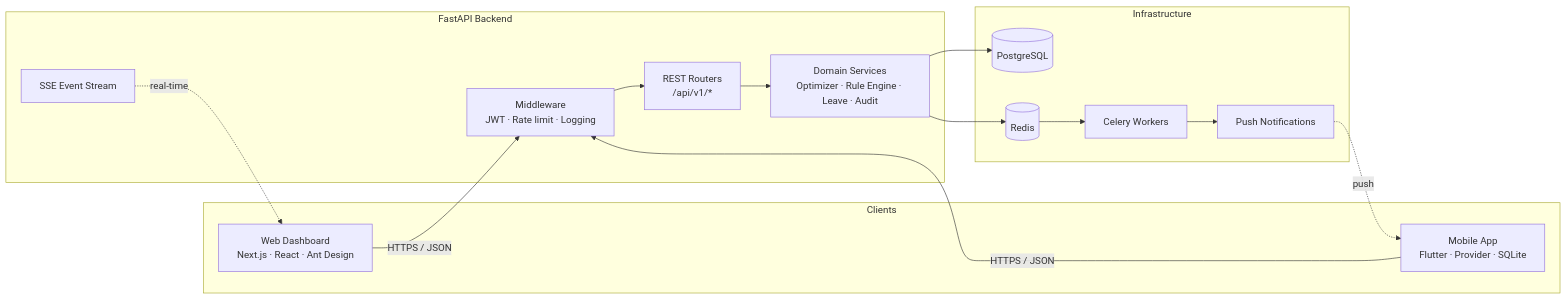
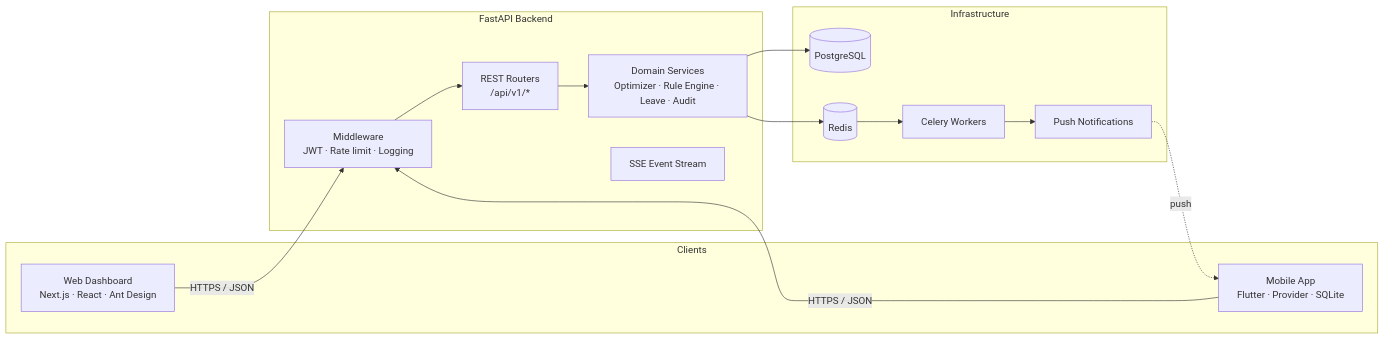
One commit to LordAurora/shift-planning-application changed the second of 4 diagrams in README.md. Above: the diagram before and after it, drawn with Mermaid. The commit also changed other lines of this file, not shown here.

````diff
--- a/README.md
+++ b/README.md
@@ -139,28 +141,27 @@
 ```mermaid
 flowchart LR
     subgraph Clients
         W["Web Dashboard<br/>Next.js · React · Ant Design"]
         M["Mobile App<br/>Flutter · Provider · SQLite"]
     end
 
     subgraph Backend["FastAPI Backend"]
         MW["Middleware<br/>JWT · Rate limit · Logging"]
         R["REST Routers<br/>/api/v1/*"]
         D["Domain Services<br/>Optimizer · Rule Engine · Leave · Audit"]
         E["SSE Event Stream"]
     end
 
     subgraph Infra["Infrastructure"]
         DB[("PostgreSQL")]
         Q[("Redis")]
         C["Celery Workers"]
         F["Push Notifications"]
     end
 
     W -- "HTTPS / JSON" --> MW
     M -- "HTTPS / JSON" --> MW
     MW --> R --> D --> DB
-    E -. "real-time" .-> W
     D --> Q --> C
     C --> F -. "push" .-> M
 ```
````
